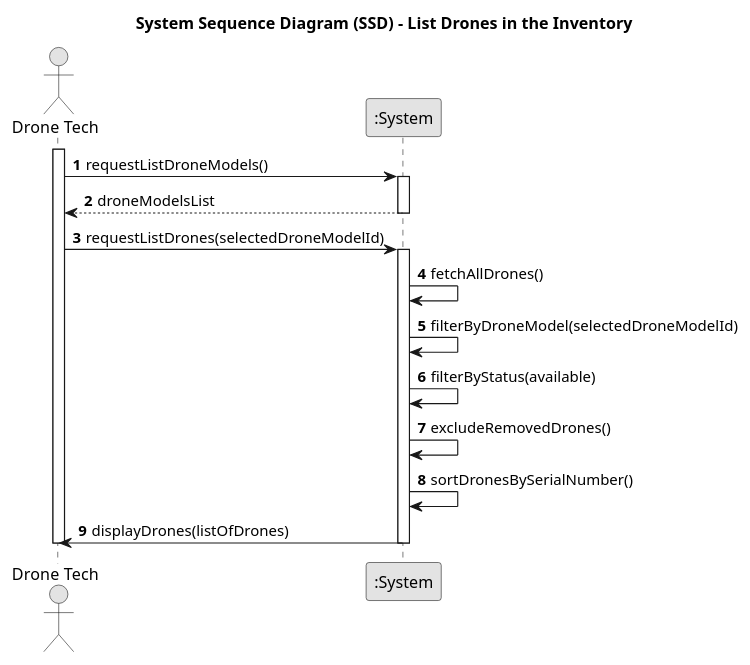
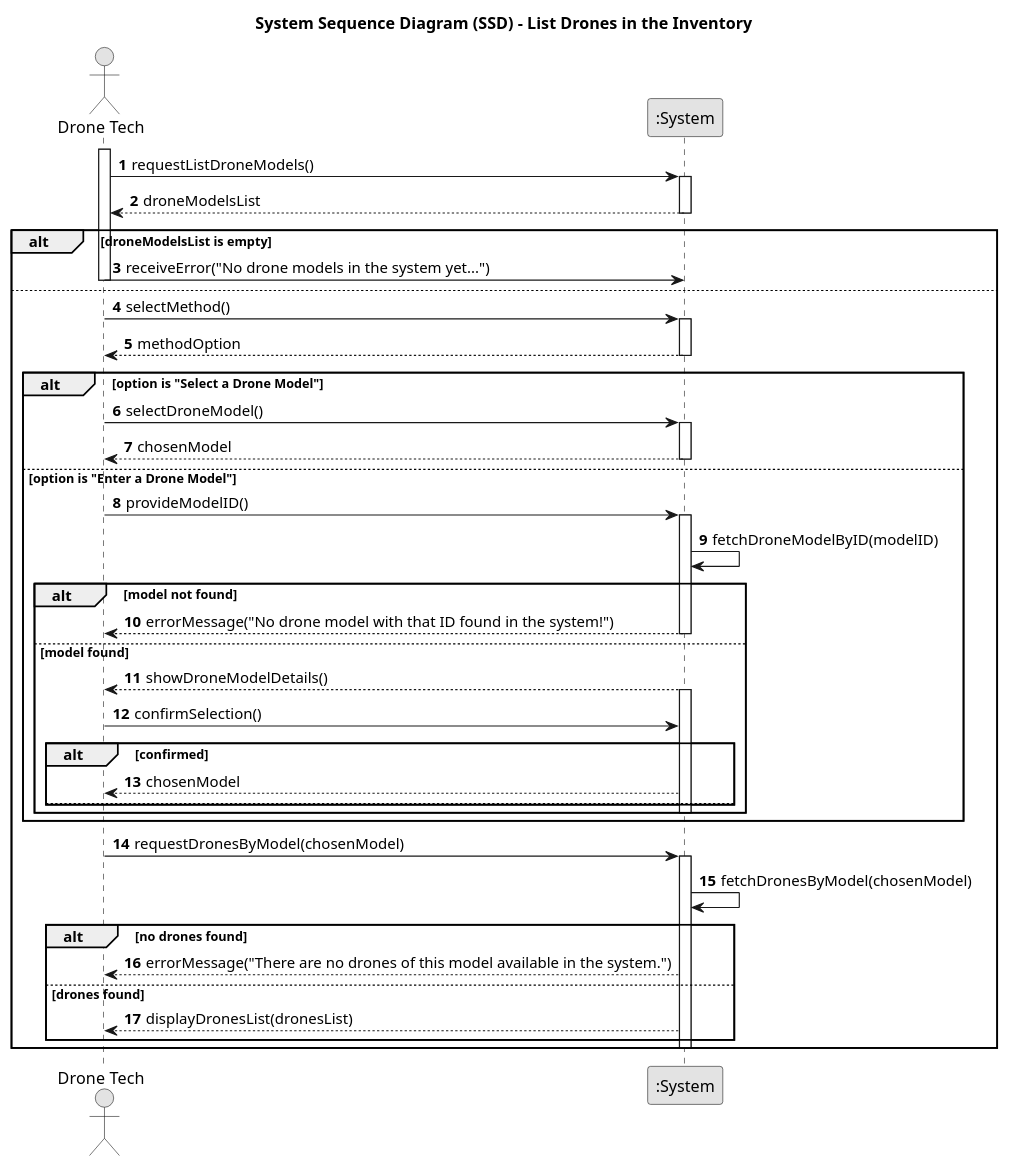
Before and after one commit to SAEmanuel/Shodrone_ISEP: the diagram in docs/planning/sprint2/EAPLI/US243 - List Drones in the Inventory/01.requirements-engineering/puml/us243-system-sequence-diagram.puml, drawn with PlantUML. The commit also changed 1 other file, not shown here.

```diff
--- a/docs/planning/sprint2/EAPLI/US243 - List Drones in the Inventory/01.requirements-engineering/puml/us243-system-sequence-diagram.puml
+++ b/docs/planning/sprint2/EAPLI/US243 - List Drones in the Inventory/01.requirements-engineering/puml/us243-system-sequence-diagram.puml
@@ -1,33 +1,70 @@
 @startuml
 skinparam monochrome true
 skinparam packageStyle rectangle
 skinparam shadowing false
 
 title System Sequence Diagram (SSD) - List Drones in the Inventory
 
 autonumber
 
 actor "Drone Tech" as DT
 participant ":System" as System
 
 activate DT
 
 DT -> System: requestListDroneModels()
 activate System
 System --> DT: droneModelsList
 deactivate System
 
-DT -> System: requestListDrones(selectedDroneModelId)
-activate System
+alt droneModelsList is empty
+    DT -> System: receiveError("No drone models in the system yet...")
+    deactivate System
+    deactivate DT
+else
+    DT -> System: selectMethod()
+    activate System
+    System --> DT: methodOption
+    deactivate System
 
-System -> System: fetchAllDrones()
-System -> System: filterByDroneModel(selectedDroneModelId)
-System -> System: filterByStatus(available)
-System -> System: excludeRemovedDrones()
-System -> System: sortDronesBySerialNumber()
-System -> DT: displayDrones(listOfDrones)
+    alt option is "Select a Drone Model"
+        DT -> System: selectDroneModel()
+        activate System
+        System --> DT: chosenModel
+        deactivate System
 
-deactivate System
+    else option is "Enter a Drone Model"
+        DT -> System: provideModelID()
+        activate System
+        System -> System: fetchDroneModelByID(modelID)
+        alt model not found
+            System --> DT: errorMessage("No drone model with that ID found in the system!")
+            deactivate System
+        else model found
+            System --> DT: showDroneModelDetails()
+            activate System
+            DT -> System: confirmSelection()
+            alt confirmed
+                System --> DT: chosenModel
+            else
+                note right : loops back to provideModelID
+            end
+            deactivate System
+        end
+        deactivate System
+    end
+
+    DT -> System: requestDronesByModel(chosenModel)
+    activate System
+    System -> System: fetchDronesByModel(chosenModel)
+    alt no drones found
+        System --> DT: errorMessage("There are no drones of this model available in the system.")
+    else drones found
+        System --> DT: displayDronesList(dronesList)
+    end
+    deactivate System
+end
+
 deactivate DT
 
 @enduml
```
